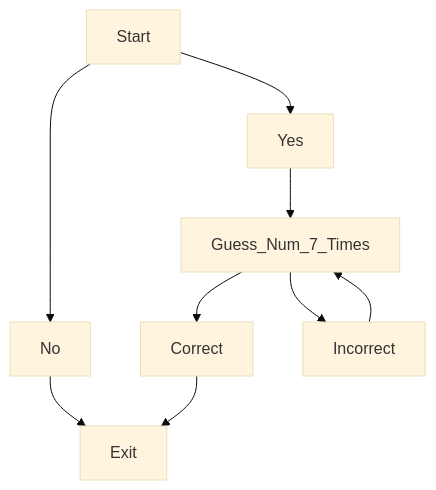
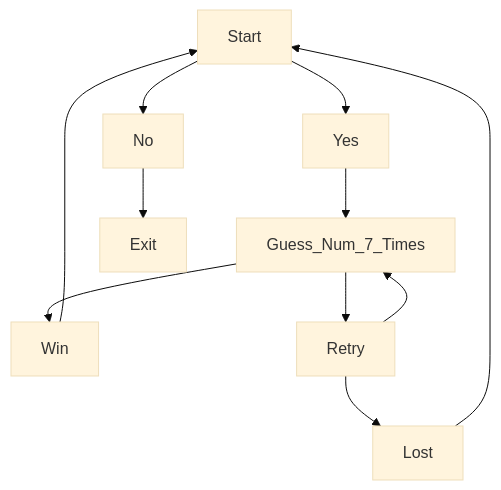
One commit to vjunna/number-guessing-game changed the diagram in README.md. Above: the diagram before and after it, drawn with Mermaid (base theme).

Commit message:
Update README.md
Update flow chart

````diff
--- a/README.md
+++ b/README.md
@@ -6,16 +6,17 @@
 ```mermaid
 graph TD;
 
     Start -->Yes;
     Start -->No;
 
     Yes -->Guess_Num_7_Times;
     No -->Exit;
 
-    Guess_Num_7_Times -->Correct;
-    Guess_Num_7_Times -->Incorrect;
+    Guess_Num_7_Times -->Win;
+    Guess_Num_7_Times -->Retry;
 
-    Correct -->Exit;
-
-    Incorrect -->Guess_Num_7_Times;
+    Win -->Start;
+    Retry -->Guess_Num_7_Times
+    Retry -->Lost
+    Lost -->Start
 ```
````
